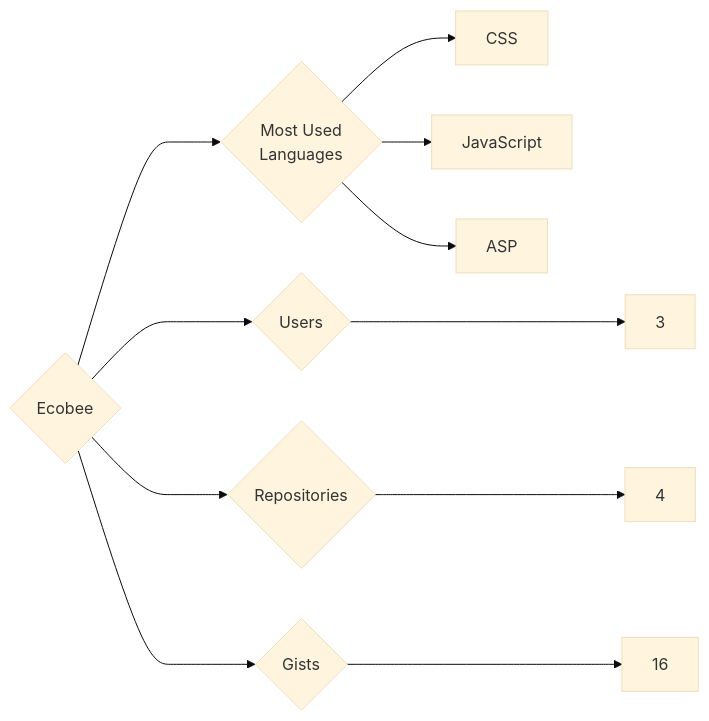
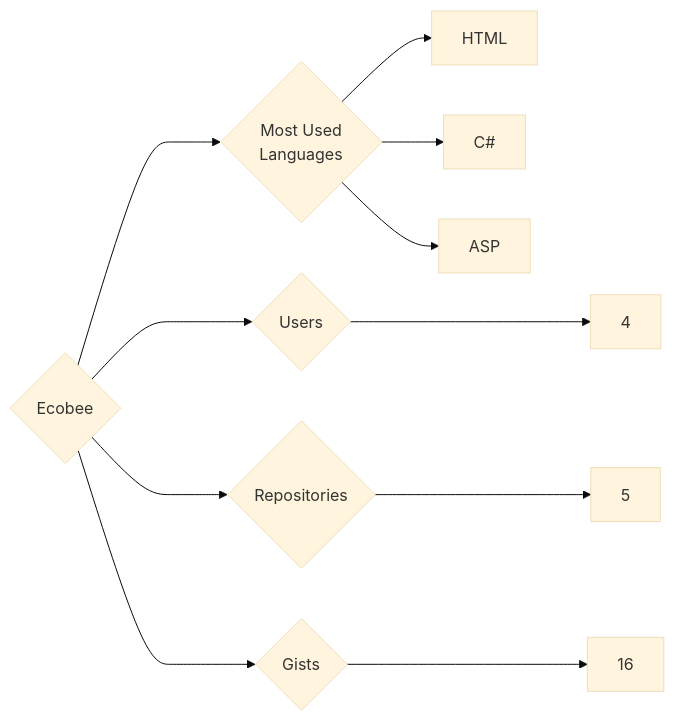
Before and after one commit to trickest/insiders: the diagram in targets/Ecobee/README.md, drawn with Mermaid (base theme). The commit also changed 1092 other files, not shown here.

````diff
--- a/targets/Ecobee/README.md
+++ b/targets/Ecobee/README.md
@@ -3,11 +3,11 @@
 ```mermaid
 graph LR
 COMPANY_NAME{Ecobee}
-COMPANY_NAME ---> U{Users} ---> UN[3]
-COMPANY_NAME ---> R{Repositories} ---> RN[4]
+COMPANY_NAME ---> U{Users} ---> UN[4]
+COMPANY_NAME ---> R{Repositories} ---> RN[5]
 COMPANY_NAME ---> G{Gists} ---> GN[16]
 COMPANY_NAME ---> ML{Most Used<br>Languages}
-ML --> CSS[CSS]
-ML --> JavaScript[JavaScript]
+ML --> HTML[HTML]
+ML --> C#[C#]
 ML --> ASP[ASP]
 ```
````
